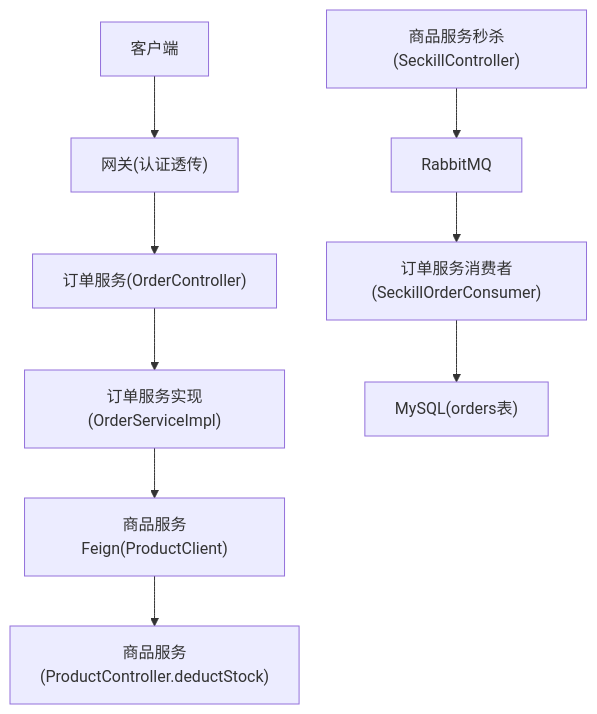
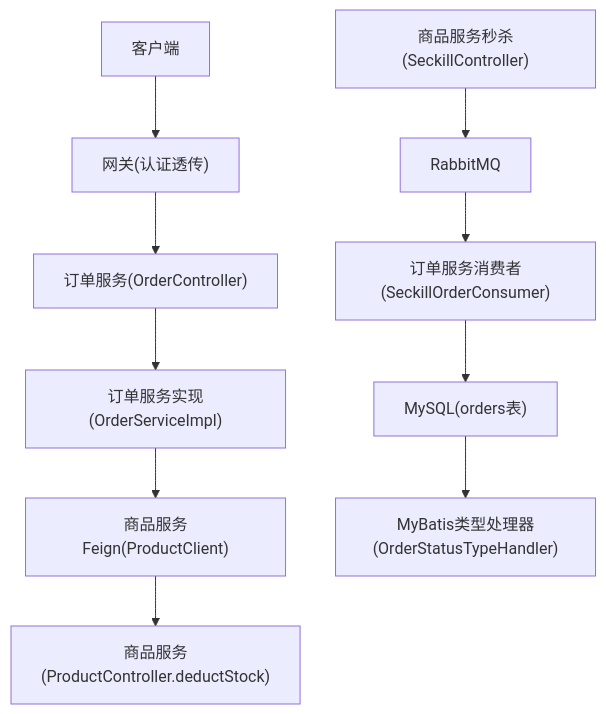
Before and after one commit to haohailiang/qoder-fullstack: the first of 8 diagrams in .qoder/repowiki/zh/content/API接口文档/订单服务API.md, drawn with Mermaid. The commit also changed other lines of this file and 24 other files, not shown here.

````diff
--- a/.qoder/repowiki/zh/content/API接口文档/订单服务API.md
+++ b/.qoder/repowiki/zh/content/API接口文档/订单服务API.md
@@ -41,11 +52,12 @@
 ```mermaid
 graph TB
 Client["客户端"] --> Gateway["网关(认证透传)"]
 Gateway --> OrderAPI["订单服务(OrderController)"]
 OrderAPI --> OrderSvc["订单服务实现(OrderServiceImpl)"]
 OrderSvc --> ProductFeign["商品服务Feign(ProductClient)"]
 ProductFeign --> ProductAPI["商品服务(ProductController.deductStock)"]
 ProductSeckill["商品服务秒杀(SeckillController)"] --> MQ["RabbitMQ"]
 MQ --> SeckillConsumer["订单服务消费者(SeckillOrderConsumer)"]
 SeckillConsumer --> DB["MySQL(orders表)"]
+DB --> TypeHandler["MyBatis类型处理器(OrderStatusTypeHandler)"]
 ```
````
